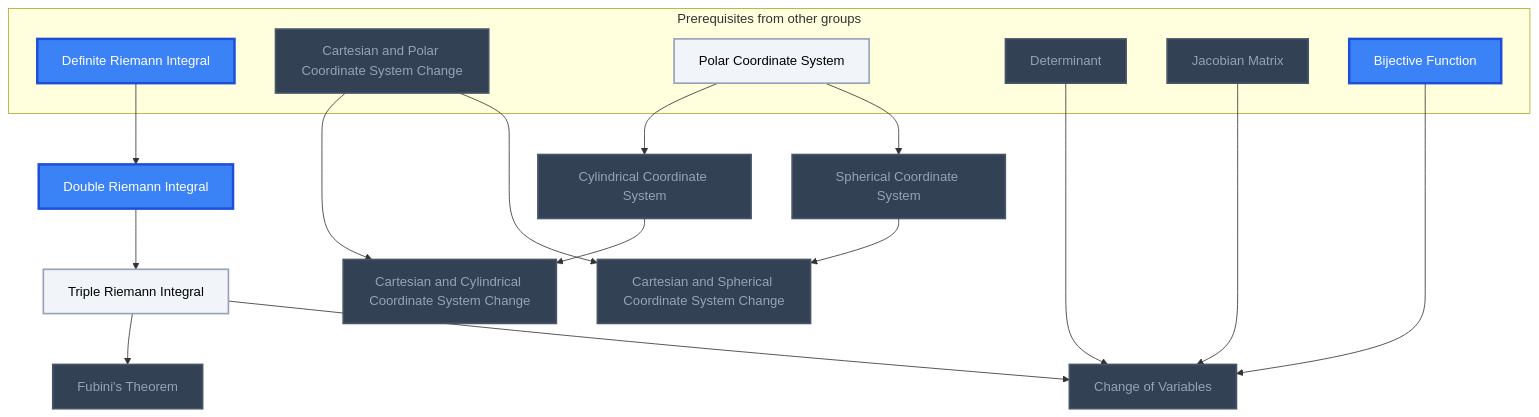
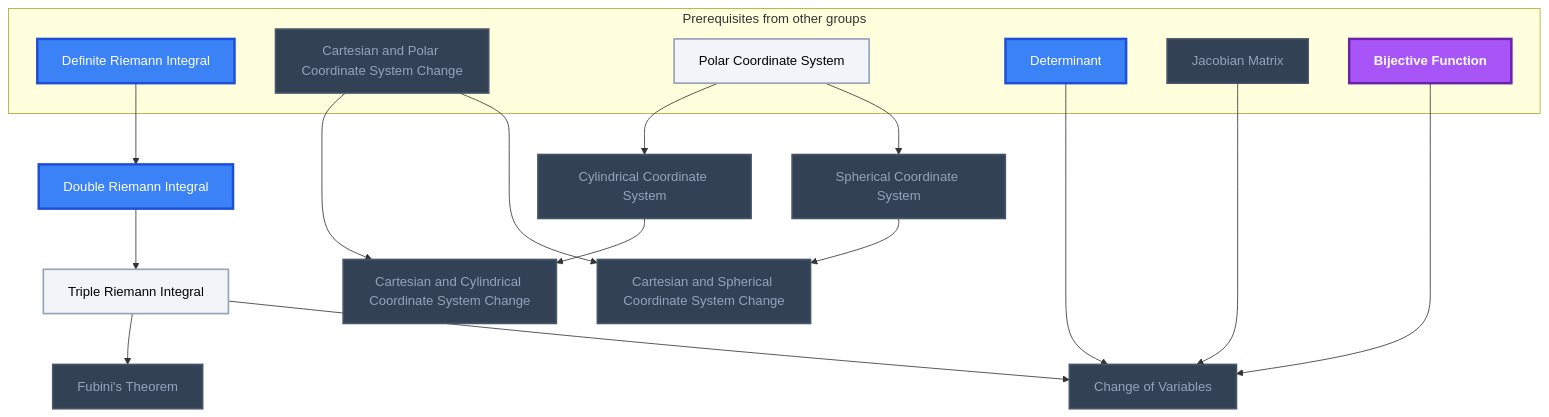
Diagram 11 of 12 in Gamification/Skill Trees/Calculus.md (MRauf1/My-Notes), drawn with Mermaid before and after one commit. The commit also changed other lines of this file and 57 other files, not shown here.

````diff
--- a/Gamification/Skill Trees/Calculus.md
+++ b/Gamification/Skill Trees/Calculus.md
@@ -800,45 +801,46 @@
 ```mermaid
 flowchart TD
     classDef planned fill:#1E293B,stroke:#64748B,stroke-width:2px,stroke-dasharray:5 5,color:#94A3B8;
     classDef locked fill:#334155,stroke:#475569,stroke-width:2px,color:#94A3B8;
     classDef L0 fill:#F1F5F9,stroke:#94A3B8,stroke-width:2px,color:#000000;
     classDef L1 fill:#22C55E,stroke:#15803D,stroke-width:2px,color:#000000;
     classDef L2 fill:#3B82F6,stroke:#1D4ED8,stroke-width:3px,color:#FFFFFF;
     classDef L3 fill:#A855F7,stroke:#6B21A8,stroke-width:3px,color:#FFFFFF,font-weight:bold;
     classDef L4 fill:#F97316,stroke:#C2410C,stroke-width:4px,color:#000000,font-weight:bold;
     classDef L5 fill:#FFD700,stroke:#FF8C00,stroke-width:5px,color:#000000,font-weight:bold;
     classDef rusty stroke:#8B4513,stroke-width:4px,stroke-dasharray:3 3;
     subgraph sg_prereqs["Prerequisites from other groups"]
         n_definite_riemann_integral["Definite Riemann Integral"]
         n_cartesian_and_polar_coordinate_system_change["Cartesian and Polar Coordinate System Change"]
         n_polar_coordinate_system["Polar Coordinate System"]
         n_determinant["Determinant"]
         n_jacobian_matrix["Jacobian Matrix"]
         n_bijective_function["Bijective Function"]
     end
     n_double_riemann_integral["Double Riemann Integral"]
     n_fubini_s_theorem["Fubini's Theorem"]
     n_triple_riemann_integral["Triple Riemann Integral"]
     n_cartesian_and_cylindrical_coordinate_system_change["Cartesian and Cylindrical Coordinate System Change"]
     n_cylindrical_coordinate_system["Cylindrical Coordinate System"]
     n_cartesian_and_spherical_coordinate_system_change["Cartesian and Spherical Coordinate System Change"]
     n_spherical_coordinate_system["Spherical Coordinate System"]
     n_change_of_variables["Change of Variables"]
     n_definite_riemann_integral --> n_double_riemann_integral
     n_triple_riemann_integral --> n_fubini_s_theorem
     n_double_riemann_integral --> n_triple_riemann_integral
     n_cartesian_and_polar_coordinate_system_change --> n_cartesian_and_cylindrical_coordinate_system_change
     n_cylindrical_coordinate_system --> n_cartesian_and_cylindrical_coordinate_system_change
     n_polar_coordinate_system --> n_cylindrical_coordinate_system
     n_cartesian_and_polar_coordinate_system_change --> n_cartesian_and_spherical_coordinate_system_change
     n_spherical_coordinate_system --> n_cartesian_and_spherical_coordinate_system_change
     n_polar_coordinate_system --> n_spherical_coordinate_system
     n_determinant --> n_change_of_variables
     n_jacobian_matrix --> n_change_of_variables
     n_bijective_function --> n_change_of_variables
     n_triple_riemann_integral --> n_change_of_variables
-    class n_cartesian_and_polar_coordinate_system_change,n_determinant,n_jacobian_matrix,n_fubini_s_theorem,n_cartesian_and_cylindrical_coordinate_system_change,n_cylindrical_coordinate_system,n_cartesian_and_spherical_coordinate_system_change,n_spherical_coordinate_system,n_change_of_variables locked;
+    class n_cartesian_and_polar_coordinate_system_change,n_jacobian_matrix,n_fubini_s_theorem,n_cartesian_and_cylindrical_coordinate_system_change,n_cylindrical_coordinate_system,n_cartesian_and_spherical_coordinate_system_change,n_spherical_coordinate_system,n_change_of_variables locked;
     class n_polar_coordinate_system,n_triple_riemann_integral L0;
-    class n_definite_riemann_integral,n_bijective_function,n_double_riemann_integral L2;
+    class n_definite_riemann_integral,n_determinant,n_double_riemann_integral L2;
+    class n_bijective_function L3;
     class n_definite_riemann_integral,n_cartesian_and_polar_coordinate_system_change,n_polar_coordinate_system,n_determinant,n_jacobian_matrix,n_bijective_function,n_double_riemann_integral,n_fubini_s_theorem,n_triple_riemann_integral,n_cartesian_and_cylindrical_coordinate_system_change,n_cylindrical_coordinate_system,n_cartesian_and_spherical_coordinate_system_change,n_spherical_coordinate_system,n_change_of_variables internal-link;
 ```
````
